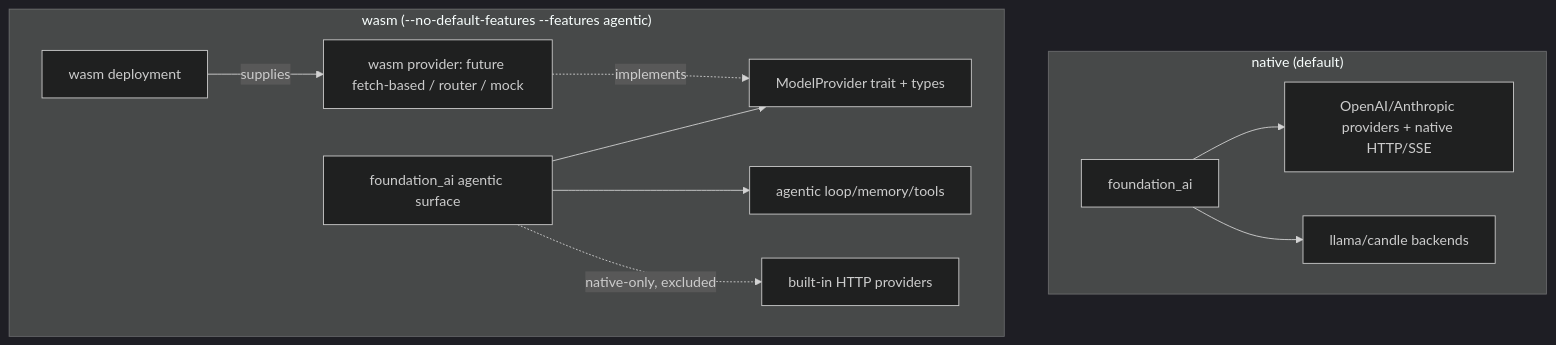
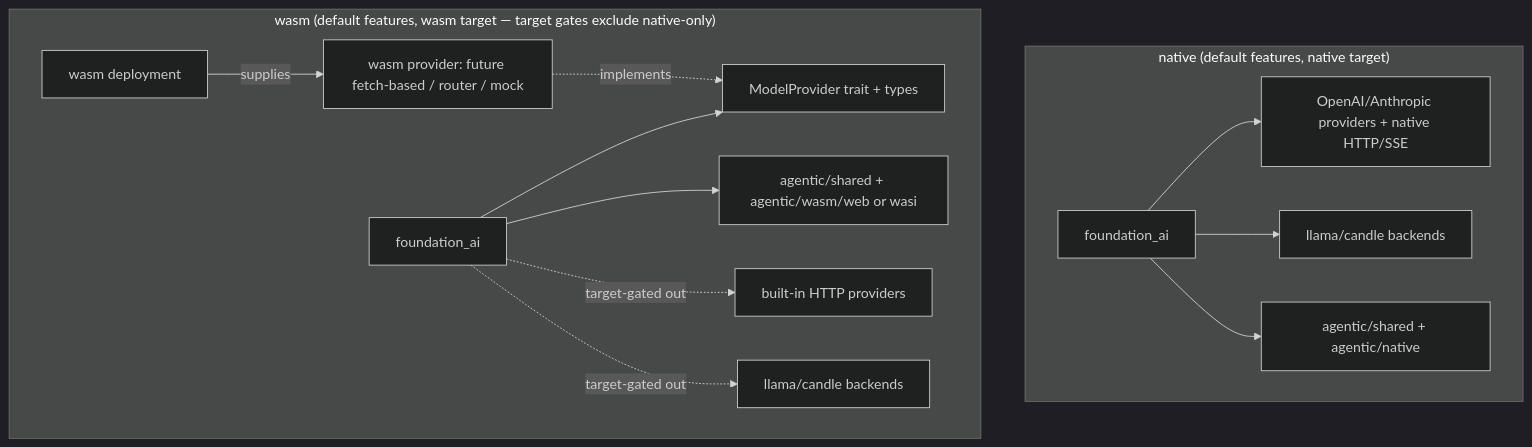
The diagram in specifications/36-agentic-api/features/00c-foundation-ai-wasm-providers/feature.md (ewe-studios/ewe_platform), drawn with Mermaid (dark theme) before and after one commit. The commit also changed other lines of this file and 29 other files, not shown here.

````diff
--- a/specifications/36-agentic-api/features/00c-foundation-ai-wasm-providers/feature.md
+++ b/specifications/36-agentic-api/features/00c-foundation-ai-wasm-providers/feature.md
@@ -128,14 +132,16 @@
 ```mermaid
 graph TD
-    subgraph "native (default)"
+    subgraph "native (default features, native target)"
         N[foundation_ai] --> NP[OpenAI/Anthropic providers + native HTTP/SSE]
         N --> NL[llama/candle backends]
+        N --> NA[agentic/shared + agentic/native]
     end
-    subgraph "wasm (--no-default-features --features agentic)"
-        W[foundation_ai agentic surface] --> WT[ModelProvider trait + types]
-        W --> WA[agentic loop/memory/tools]
-        W -.native-only, excluded.-> WP[built-in HTTP providers]
+    subgraph "wasm (default features, wasm target — target gates exclude native-only)"
+        W[foundation_ai] --> WT[ModelProvider trait + types]
+        W --> WA[agentic/shared + agentic/wasm/web or wasi]
+        W -.target-gated out.-> WP[built-in HTTP providers]
+        W -.target-gated out.-> WL[llama/candle backends]
         WX[wasm deployment] -->|supplies| WI[wasm provider: future fetch-based / router / mock]
         WI -.implements.-> WT
     end
 ```
````
